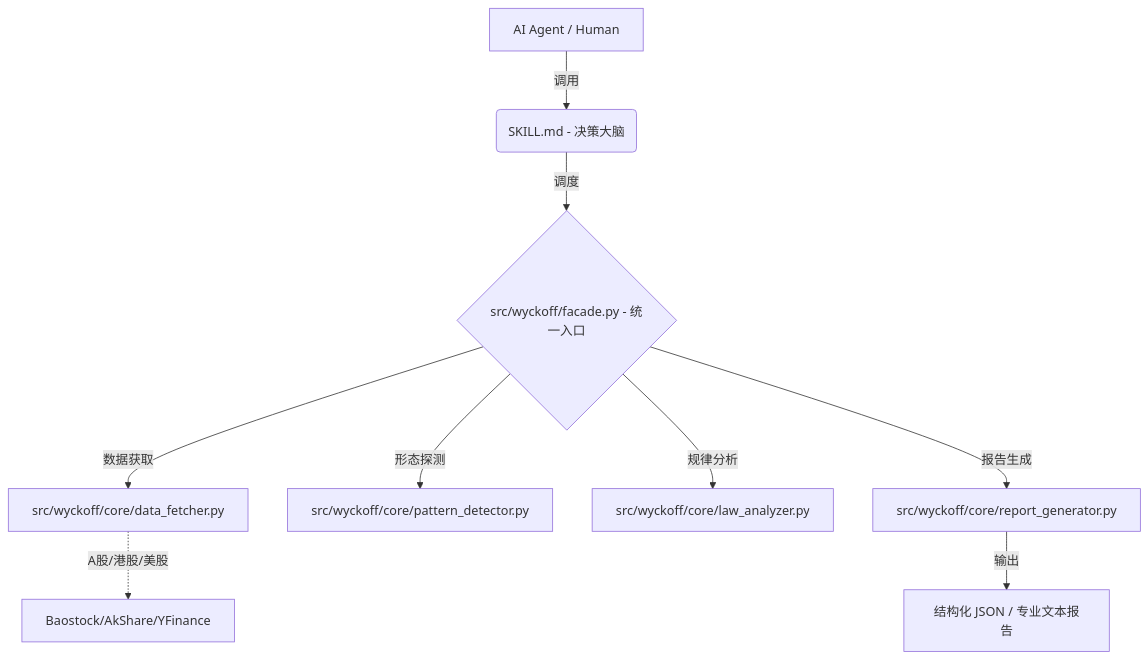
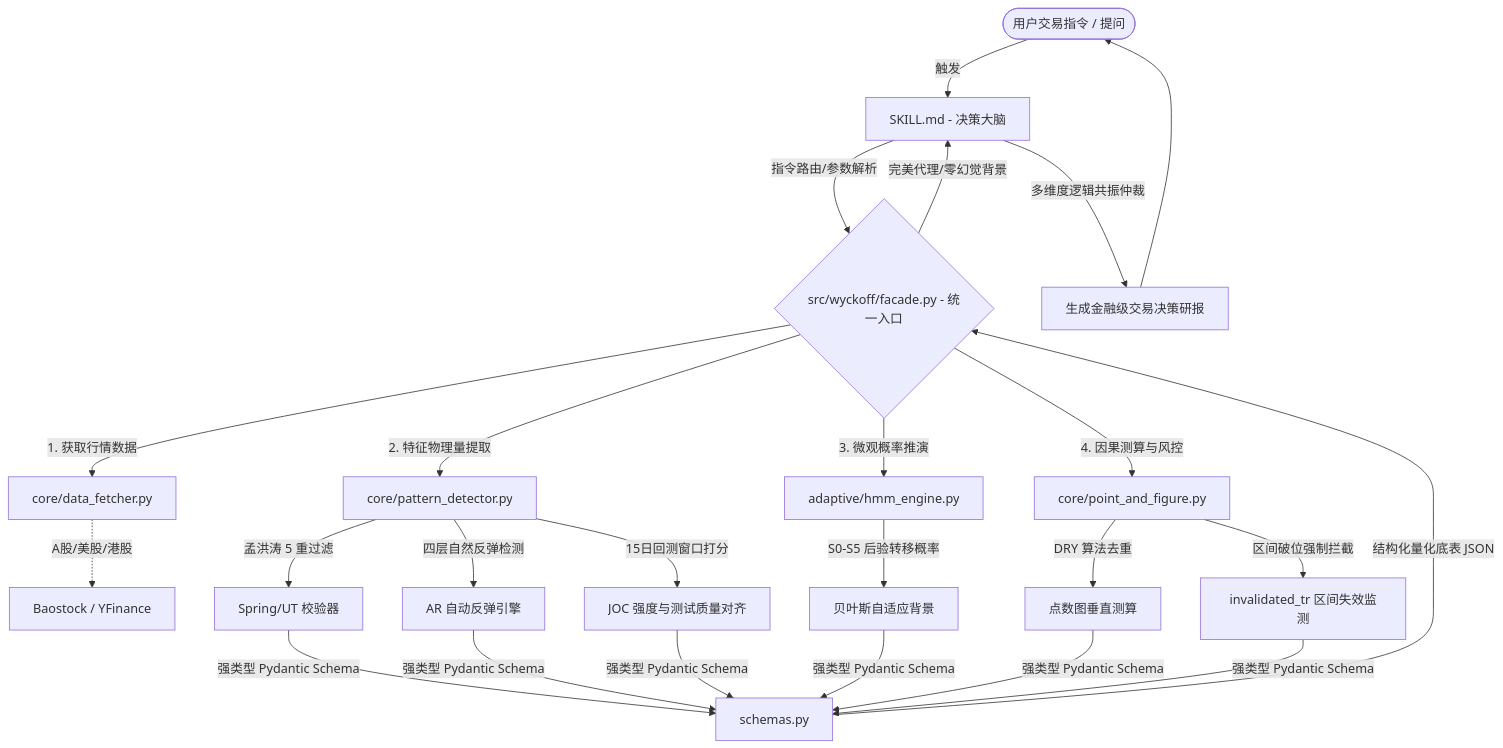
Before and after one commit to Geekwls/wyckoff-stock-analysis: the diagram in README.md, drawn with Mermaid. The commit also changed other lines of this file, not shown here.

Commit message:
style: beautify and upgrade README.md with dual-track architecture and Simulated CLI

````diff
--- a/README.md
+++ b/README.md
@@ -27,11 +53,28 @@
 ```mermaid
 graph TD
-    A[AI Agent / Human] -->|调用| B(SKILL.md - 决策大脑)
-    B -->|调度| C{src/wyckoff/facade.py - 统一入口}
-    C -->|数据获取| D[src/wyckoff/core/data_fetcher.py]
-    C -->|形态探测| E[src/wyckoff/core/pattern_detector.py]
-    C -->|规律分析| F[src/wyckoff/core/law_analyzer.py]
-    C -->|报告生成| G[src/wyckoff/core/report_generator.py]
-    D -.->|A股/港股/美股| H[Baostock/AkShare/YFinance]
-    G -->|输出| I[结构化 JSON / 专业文本报告]
+    User([用户交易指令 / 提问]) -->|触发| Skill[SKILL.md - 决策大脑]
+    Skill -->|指令路由/参数解析| Facade{src/wyckoff/facade.py - 统一入口}
+    
+    %% 量化计算轨
+    Facade -->|1. 获取行情数据| Data[core/data_fetcher.py]
+    Data -.->|A股/美股/港股| API[Baostock / YFinance]
+    
+    Facade -->|2. 特征物理量提取| Pattern[core/pattern_detector.py]
+    Pattern -->|孟洪涛 5 重过滤| Spring[Spring/UT 校验器]
+    Pattern -->|四层自然反弹检测| AR[AR 自动反弹引擎]
+    Pattern -->|15日回测窗口打分| JOC[JOC 强度与测试质量对齐]
+    
+    Facade -->|3. 微观概率推演| HMM[adaptive/hmm_engine.py]
+    HMM -->|S0-S5 后验转移概率| Bayesian[贝叶斯自适应背景]
+
+    Facade -->|4. 因果测算与风控| PF[core/point_and_figure.py]
+    PF -->|DRY 算法去重| PFCalc[点数图垂直测算]
+    PF -->|区间破位强制拦截| InvalidTR[invalidated_tr 区间失效监测]
+    
+    %% 合并输出与决策
+    Spring & AR & JOC & Bayesian & PFCalc & InvalidTR -->|强类型 Pydantic Schema| Schemas[schemas.py]
+    Schemas -->|结构化量化底表 JSON| Facade
+    Facade -->|完美代理/零幻觉背景| Skill
+    Skill -->|多维度逻辑共振仲裁| Report[生成金融级交易决策研报]
+    Report --> User
 ```
````
